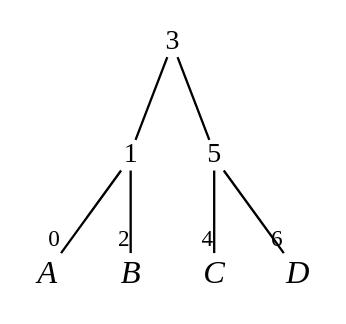
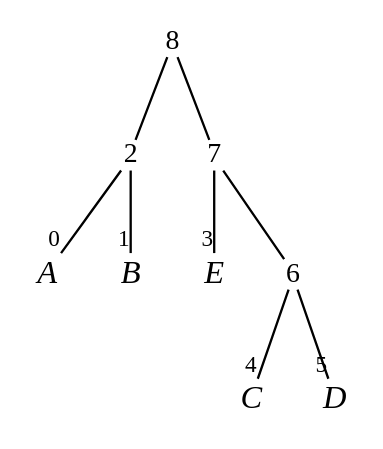
The diagram in output/vtree.dot (09B21011/FTA-by-SDD), drawn with Graphviz before and after one commit. The commit also changed 10 other files, not shown here.

```diff
--- a/output/vtree.dot
+++ b/output/vtree.dot
@@ -1,21 +1,25 @@
 
 digraph vtree {
 
 overlap=false
 
-n3 [label="3",fontname="Times",shape="plaintext",fontsize=12,fixedsize=true,width=.2,height=.18]; 
-n1 [label="1",fontname="Times",shape="plaintext",fontsize=12,fixedsize=true,width=.2,height=.18]; 
+n8 [label="8",fontname="Times",shape="plaintext",fontsize=12,fixedsize=true,width=.2,height=.18]; 
+n2 [label="2",fontname="Times",shape="plaintext",fontsize=12,fixedsize=true,width=.2,height=.18]; 
 n0 [label="A",fontname="Times-Italic",fontsize=14,shape="plaintext",fixedsize=true,width=.25,height=.25]; 
-n2 [label="B",fontname="Times-Italic",fontsize=14,shape="plaintext",fixedsize=true,width=.25,height=.25]; 
-n5 [label="5",fontname="Times",shape="plaintext",fontsize=12,fixedsize=true,width=.2,height=.18]; 
+n1 [label="B",fontname="Times-Italic",fontsize=14,shape="plaintext",fixedsize=true,width=.25,height=.25]; 
+n7 [label="7",fontname="Times",shape="plaintext",fontsize=12,fixedsize=true,width=.2,height=.18]; 
+n3 [label="E",fontname="Times-Italic",fontsize=14,shape="plaintext",fixedsize=true,width=.25,height=.25]; 
+n6 [label="6",fontname="Times",shape="plaintext",fontsize=12,fixedsize=true,width=.2,height=.18]; 
 n4 [label="C",fontname="Times-Italic",fontsize=14,shape="plaintext",fixedsize=true,width=.25,height=.25]; 
-n6 [label="D",fontname="Times-Italic",fontsize=14,shape="plaintext",fixedsize=true,width=.25,height=.25]; 
-n3->n1 [arrowhead=none];
-n1->n0 [headclip=true,arrowhead=none,headlabel="0",labelfontname="Times",labelfontsize=10];
-n1->n2 [headclip=true,arrowhead=none,headlabel="2",labelfontname="Times",labelfontsize=10];
-n3->n5 [arrowhead=none];
-n5->n4 [headclip=true,arrowhead=none,headlabel="4",labelfontname="Times",labelfontsize=10];
-n5->n6 [headclip=true,arrowhead=none,headlabel="6",labelfontname="Times",labelfontsize=10];
+n5 [label="D",fontname="Times-Italic",fontsize=14,shape="plaintext",fixedsize=true,width=.25,height=.25]; 
+n8->n2 [arrowhead=none];
+n2->n0 [headclip=true,arrowhead=none,headlabel="0",labelfontname="Times",labelfontsize=10];
+n2->n1 [headclip=true,arrowhead=none,headlabel="1",labelfontname="Times",labelfontsize=10];
+n8->n7 [arrowhead=none];
+n7->n3 [headclip=true,arrowhead=none,headlabel="3",labelfontname="Times",labelfontsize=10];
+n7->n6 [arrowhead=none];
+n6->n4 [headclip=true,arrowhead=none,headlabel="4",labelfontname="Times",labelfontsize=10];
+n6->n5 [headclip=true,arrowhead=none,headlabel="5",labelfontname="Times",labelfontsize=10];
 
 
 }
```
